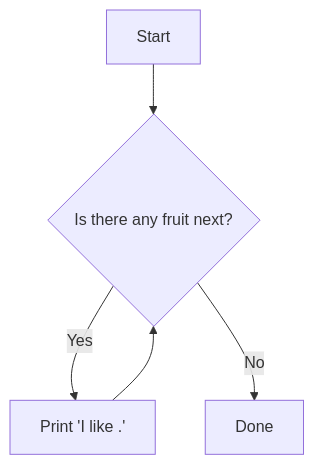
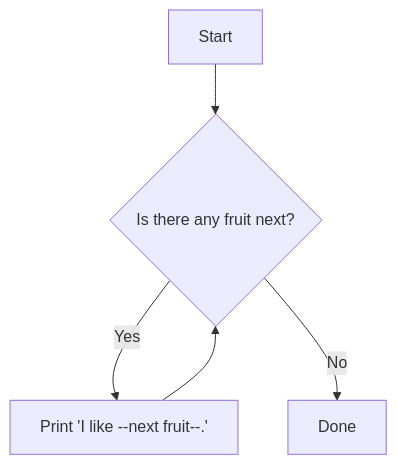
The fourth of 4 diagrams in courses/level-0/algoritma-menggunakan-python/6-looping-dan-debugging.md (rahmanda/ayongulik), drawn with Mermaid before and after one commit.

Commit message:
docs(algoritma): fix diagram error

````diff
--- a/courses/level-0/algoritma-menggunakan-python/6-looping-dan-debugging.md
+++ b/courses/level-0/algoritma-menggunakan-python/6-looping-dan-debugging.md
@@ -167,7 +167,7 @@
 ```mermaid
 flowchart TD
     A[Start] --> B{Is there any fruit next?}
-    B -- Yes --> C[Print 'I like <next fruit>.']
+    B -- Yes --> C[Print 'I like --next fruit--.']
     C --> B
     B -- No --> D[Done]
 ```
````
